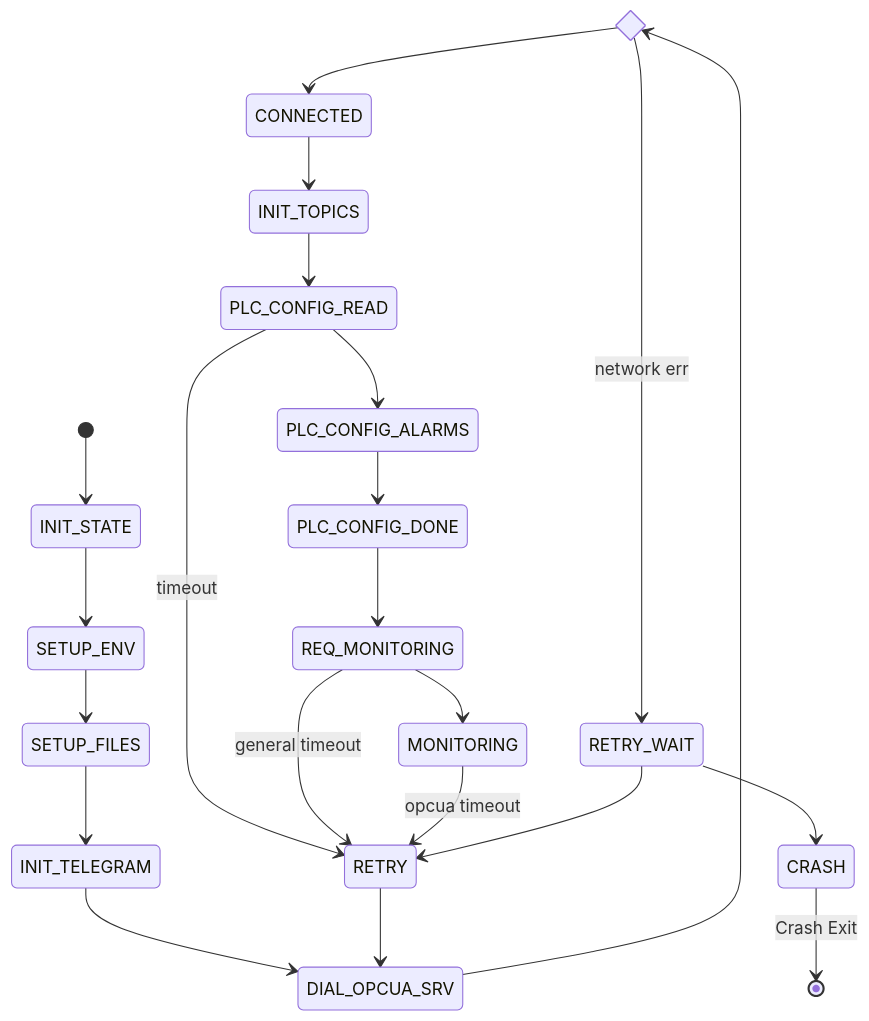
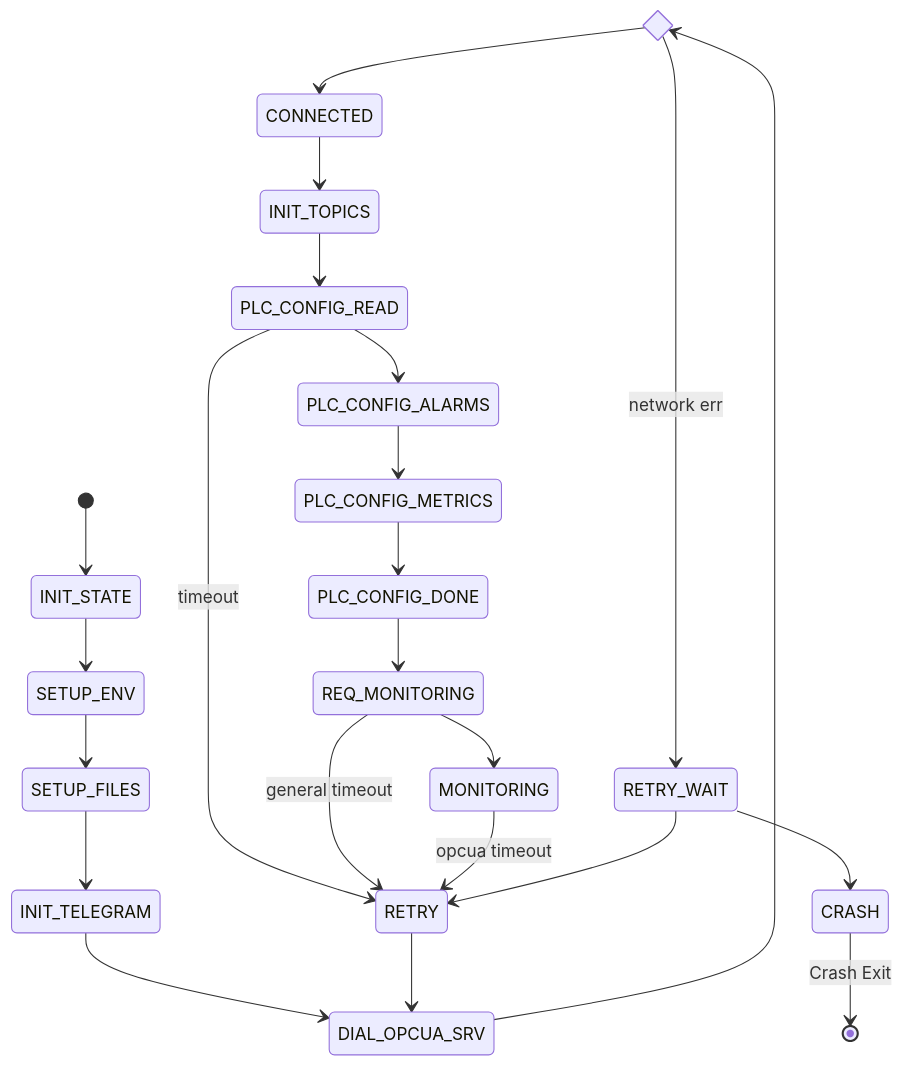
Before and after one commit to Strunck/awculle_datahub: the diagram in retry.md, drawn with Mermaid. The commit also changed other lines of this file and 6 other files, not shown here.

````diff
--- a/retry.md
+++ b/retry.md
@@ -24,49 +25,51 @@
 ```mermaid
 stateDiagram-v2
 
     state CONNECT_OK <<choice>>
     
     [*] --> INIT_STATE    
 
     INIT_STATE --> SETUP_ENV
 
     SETUP_ENV --> SETUP_FILES
     
     SETUP_FILES --> INIT_TELEGRAM
 
     INIT_TELEGRAM --> DIAL_OPCUA_SRV
 
     DIAL_OPCUA_SRV --> CONNECT_OK
 
     CONNECT_OK --> CONNECTED
 
     CONNECTED --> INIT_TOPICS
     
     INIT_TOPICS -->  PLC_CONFIG_READ
 
     PLC_CONFIG_READ --> PLC_CONFIG_ALARMS
     
-    PLC_CONFIG_ALARMS --> PLC_CONFIG_DONE
+    PLC_CONFIG_ALARMS --> PLC_CONFIG_METRICS
+    
+    PLC_CONFIG_METRICS --> PLC_CONFIG_DONE
 
     PLC_CONFIG_READ --> RETRY : timeout
 
     PLC_CONFIG_DONE --> REQ_MONITORING         
 
     REQ_MONITORING --> MONITORING
 
     REQ_MONITORING --> RETRY: general timeout
 
     MONITORING --> RETRY: opcua timeout
 
     RETRY --> DIAL_OPCUA_SRV
     
     RETRY_WAIT --> CRASH
 
     CONNECT_OK --> RETRY_WAIT : network err
     
     RETRY_WAIT --> RETRY
     
     CRASH --> [*]: Crash Exit 
     
     
  ```
````
